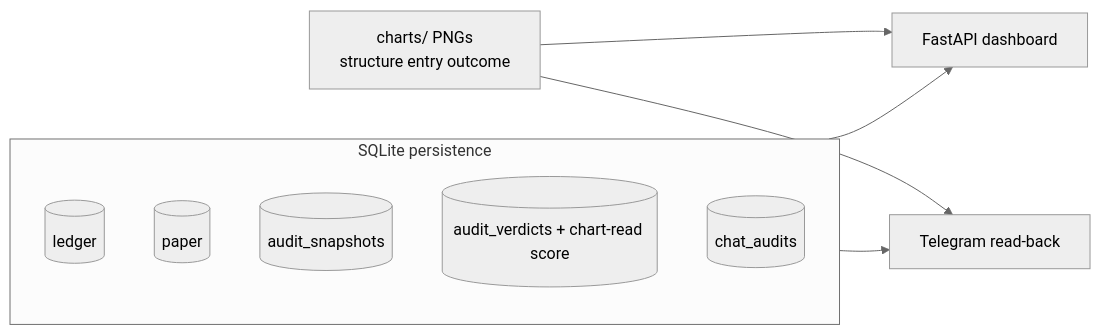
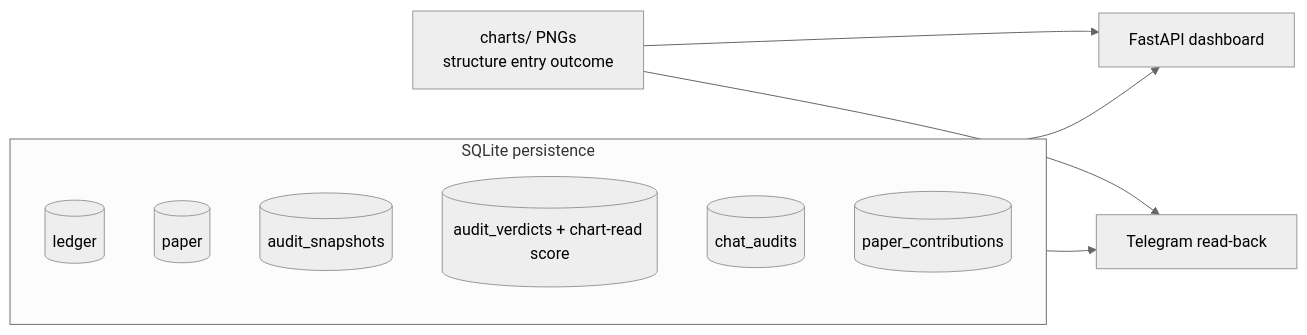
One commit to abagui11/kalshi_trading_bot changed the sixth of 6 diagrams in deploy/PROJECT_STATE.md. Above: the diagram before and after it, drawn with Mermaid (neutral theme). The commit also changed other lines of this file and 33 other files, not shown here.

First line of the commit message:
Ship dual-asset ETH/BTC paper book with Fund contributions and USD-notional sizing.

````diff
--- a/deploy/PROJECT_STATE.md
+++ b/deploy/PROJECT_STATE.md
@@ -178,15 +197,16 @@
 ```mermaid
 flowchart LR
     subgraph STORE["SQLite persistence"]
         DB1[(ledger)]
         DB2[(paper)]
         DB3[(audit_snapshots)]
         DB4[(audit_verdicts + chart-read score)]
         DB5[(chat_audits)]
+        DB6[(paper_contributions)]
     end
 
     STORE --> DASH[FastAPI dashboard]
     STORE --> TG[Telegram read-back]
     PNG[charts/ PNGs<br/>structure entry outcome] --> DASH
     PNG --> TG
 ```
````
